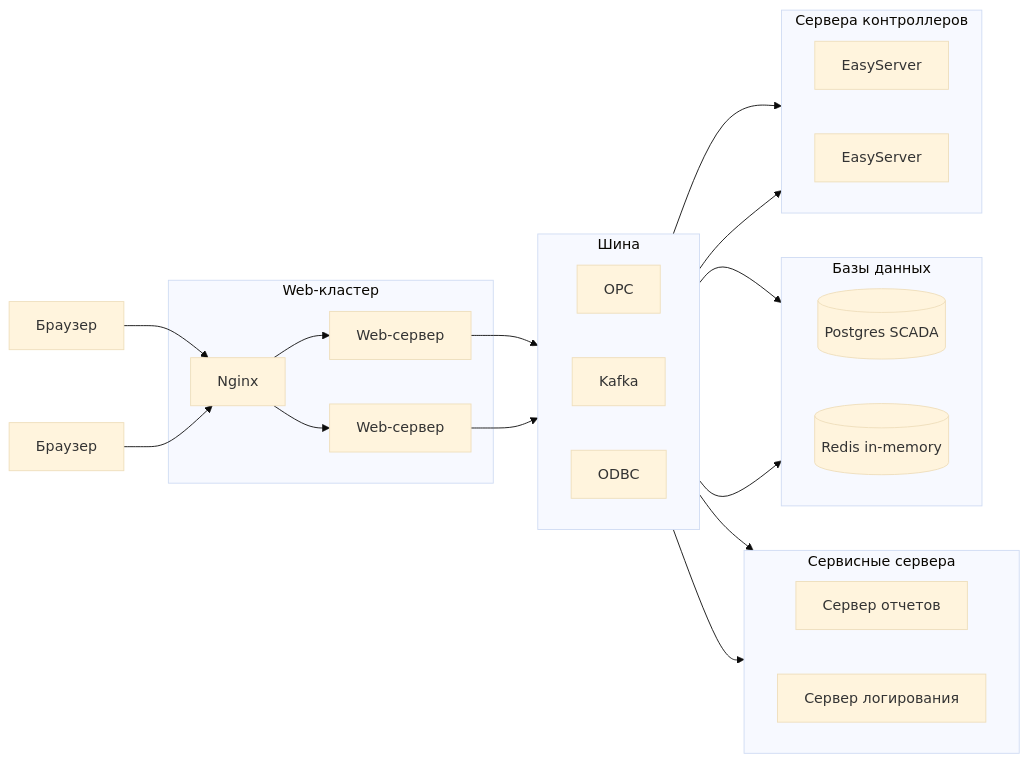
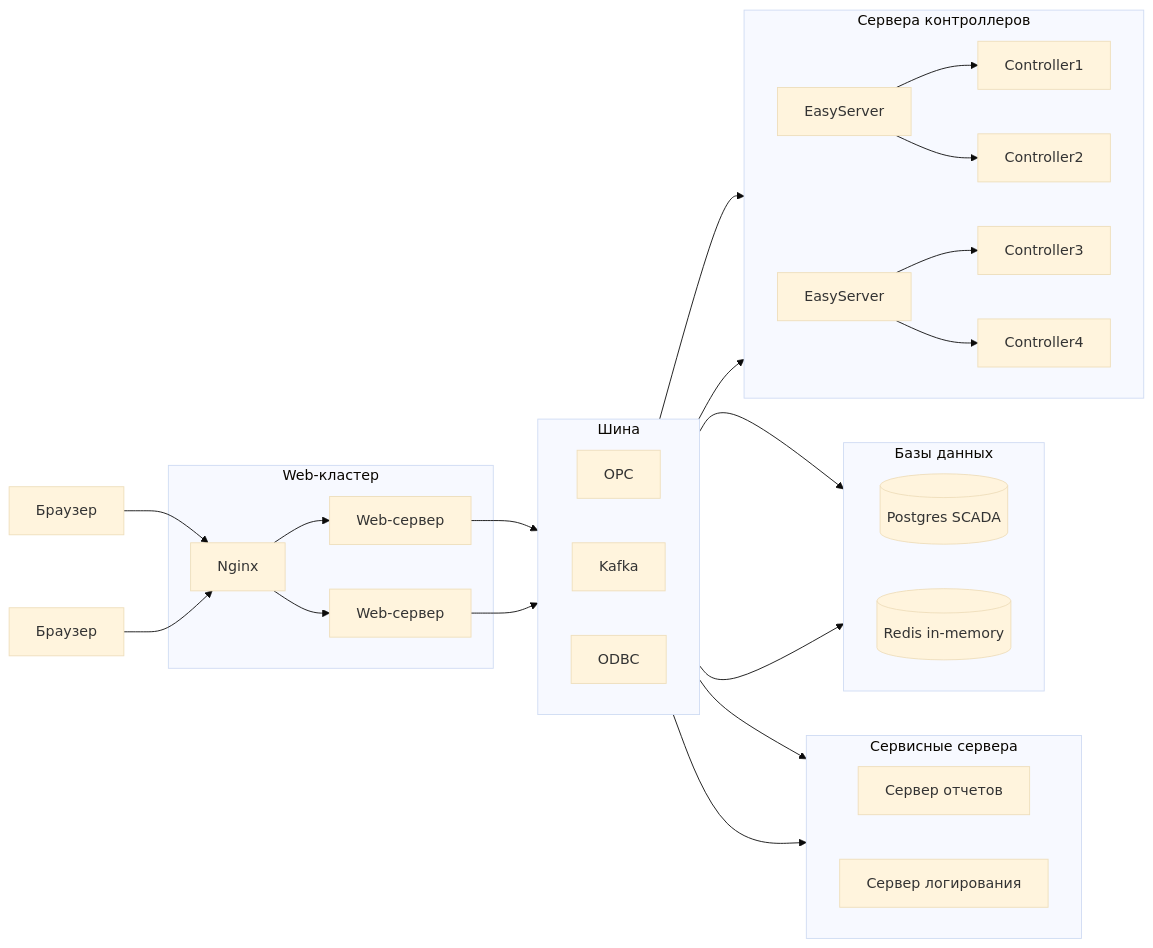
The diagram in README.md (savushkin-r-d/SHnAPCS), drawn with Mermaid (base theme) before and after one commit.

````diff
--- a/README.md
+++ b/README.md
@@ -12,44 +12,52 @@
 ```mermaid
 flowchart LR
   B1[Браузер] --> N[Nginx]
   B2[Браузер] --> N
   subgraph Web-кластер
   N --> A1[Web-сервер]
   N --> A2[Web-сервер]
   end
   A1 --> Шина
   A2 --> Шина
 
   subgraph Шина
     direction LR
     S[OPC]
     K[Kafka]
     ODBC[ODBC]
   end
 
   Шина --> P
   Шина --> R
   Шина --> E1
   Шина --> E2
   Шина --> O
   Шина --> L
 
   subgraph Сервисные сервера
     direction LR
     O[Сервер отчетов]
     L[Сервер логирования]
   end
 
   subgraph Базы данных
     direction LR
     P[(Postgres SCADA)]
     R[(Redis in-memory)]
   end
 
   subgraph Сервера контроллеров
     direction LR
-    E1[EasyServer]
+    E1[EasyServer] 
     E2[EasyServer]
+    C1[Controller1]
+    C2[Controller2]
+    C3[Controller3]
+    C4[Controller4]
+    E1 --> C1
+    E1 --> C2
+    E2 --> C3
+    E2 --> C4
   end
 
 ```
````
